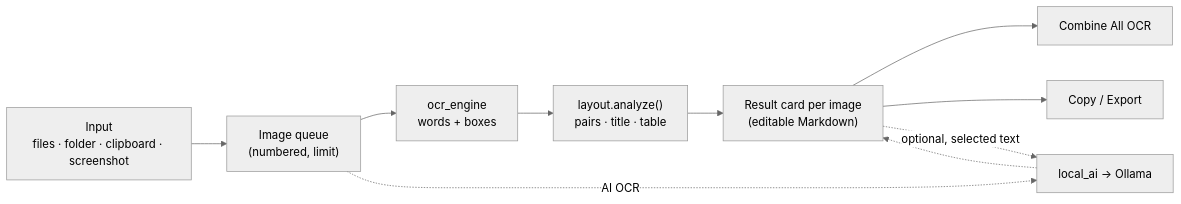
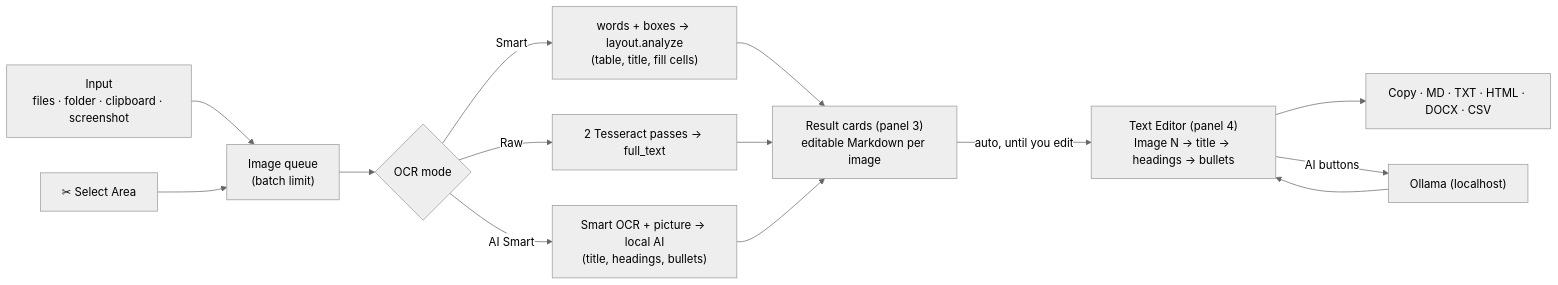
Before and after one commit to awsrmmustansarjavaid/charliemj-ocr-studio: the first of 3 diagrams in docs/ARCHITECTURE.md, drawn with Mermaid (neutral theme). The commit also changed other lines of this file and 32 other files, not shown here.

````diff
--- a/docs/ARCHITECTURE.md
+++ b/docs/ARCHITECTURE.md
@@ -24,12 +8,16 @@
 ```mermaid
 flowchart LR
-    A["Input<br/>files · folder · clipboard · screenshot"] --> B["Image queue<br/>(numbered, limit)"]
-    B --> C["ocr_engine<br/>words + boxes"]
-    C --> D["layout.analyze()<br/>pairs · title · table"]
-    D --> E["Result card per image<br/>(editable Markdown)"]
-    E --> F["Combine All OCR"]
-    E --> G["Copy / Export"]
-    E -.->|"optional, selected text"| H["local_ai → Ollama"]
-    B -.->|"AI OCR"| H
-    H -.-> E
+    A["Input<br/>files · folder · clipboard · screenshot"] --> Q["Image queue<br/>(batch limit)"]
+    S["✂ Select Area"] --> Q
+    Q --> M{"OCR mode"}
+    M -->|Smart| SM["words + boxes → layout.analyze<br/>(table, title, fill cells)"]
+    M -->|Raw| RW["2 Tesseract passes → full_text"]
+    M -->|AI Smart| AI["Smart OCR + picture → local AI<br/>(title, headings, bullets)"]
+    SM --> C["Result cards (panel 3)<br/>editable Markdown per image"]
+    RW --> C
+    AI --> C
+    C -->|"auto, until you edit"| E["Text Editor (panel 4)<br/>Image N → title → headings → bullets"]
+    E --> X["Copy · MD · TXT · HTML · DOCX · CSV"]
+    E -->|"AI buttons"| AI2["Ollama (localhost)"]
+    AI2 --> E
 ```
````
